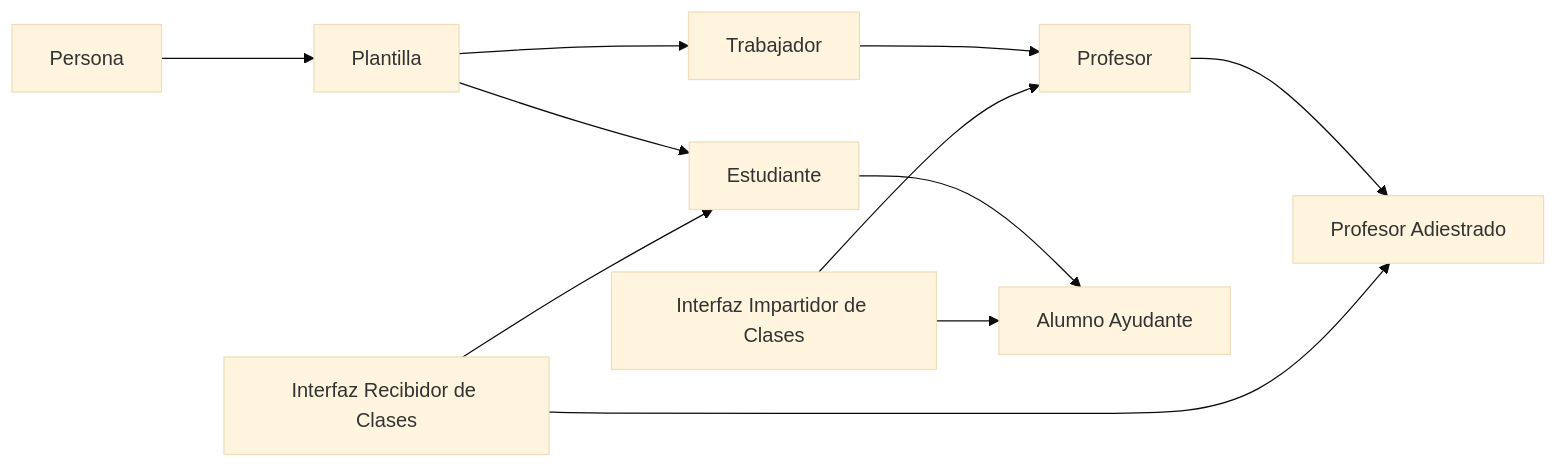
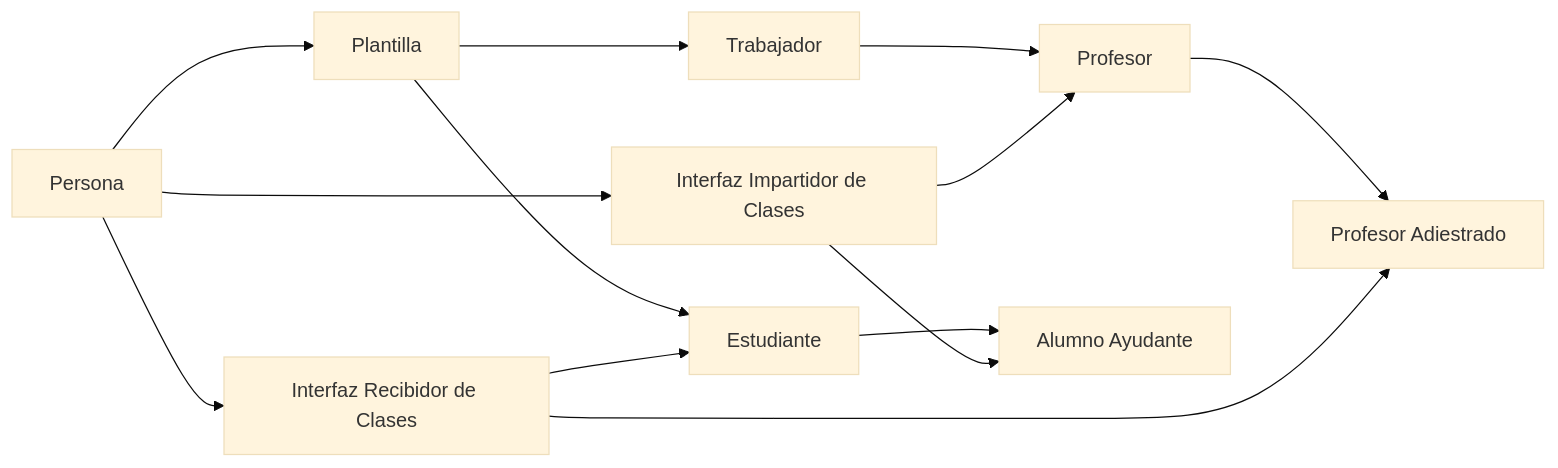
The diagram in Readme.md (Val020213/LP-Seminario-02-Herencia), drawn with Mermaid (base theme) before and after one commit. The commit also changed 4 other files, not shown here.

````diff
--- a/Readme.md
+++ b/Readme.md
@@ -13,14 +13,17 @@
 ```mermaid
 graph LR
     Persona --> Plantilla
+    Persona --> IE[Interfaz Recibidor de Clases]
+    Persona --> IP[Interfaz Impartidor de Clases]
+    
     Plantilla --> Trabajador
     Trabajador --> Profesor
     Profesor --> PA[Profesor Adiestrado]
     Plantilla --> Estudiante
     Estudiante --> AA[Alumno Ayudante]
 
     IE[Interfaz Recibidor de Clases] --> Estudiante
     IE[Interfaz Recibidor de Clases] --> PA[Profesor Adiestrado]
     IP[Interfaz Impartidor de Clases] --> Profesor
     IP[Interfaz Impartidor de Clases] --> AA[Alumno Ayudante]
 ```
````
